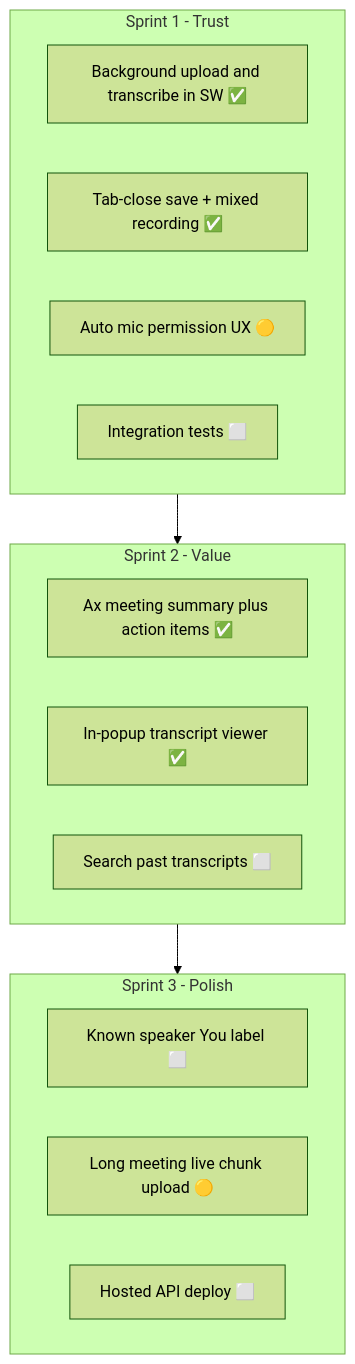
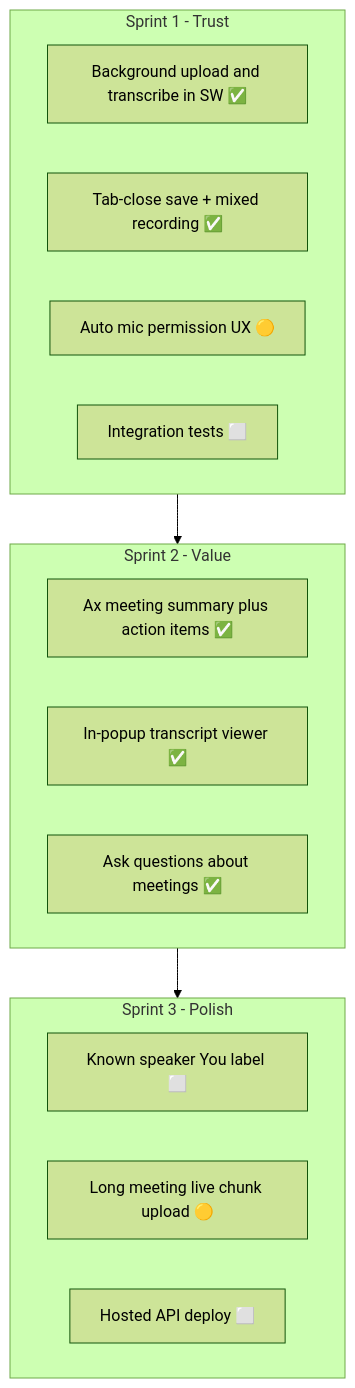
Before and after one commit to cogniumhq/cognium-meet: the diagram in ROADMAP.md, drawn with Mermaid (forest theme). The commit also changed other lines of this file and 16 other files, not shown here.

````diff
--- a/ROADMAP.md
+++ b/ROADMAP.md
@@ -75,20 +75,20 @@
 ```mermaid
 flowchart TD
   subgraph sprint1 [Sprint 1 - Trust]
     A["Background upload and transcribe in SW ✅"]
     B["Tab-close save + mixed recording ✅"]
     C["Auto mic permission UX 🟡"]
     D["Integration tests ⬜"]
   end
   subgraph sprint2 [Sprint 2 - Value]
     E["Ax meeting summary plus action items ✅"]
     F["In-popup transcript viewer ✅"]
-    G["Search past transcripts ⬜"]
+    G["Ask questions about meetings ✅"]
   end
   subgraph sprint3 [Sprint 3 - Polish]
     H["Known speaker You label ⬜"]
     I["Long meeting live chunk upload 🟡"]
     J["Hosted API deploy ⬜"]
   end
   sprint1 --> sprint2 --> sprint3
 ```
````
